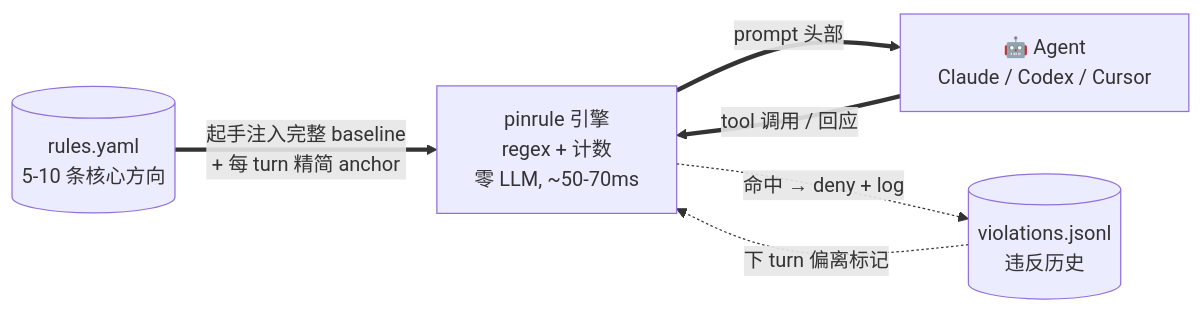
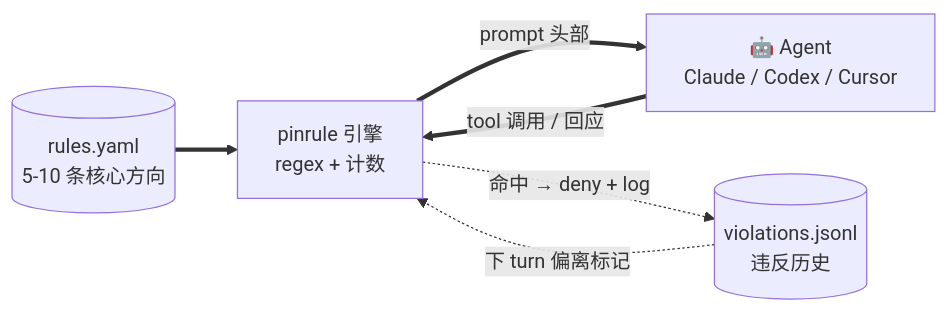
The first of 2 diagrams in README.zh.md (jhaizhou-ops/pinrule), drawn with Mermaid before and after one commit. The commit also changed other lines of this file and 1 other file, not shown here.

````diff
--- a/README.zh.md
+++ b/README.zh.md
@@ -251,13 +249,13 @@
 ```mermaid
 flowchart LR
     R[(rules.yaml<br/>5-10 条核心方向)]
-    K[pinrule 引擎<br/>regex + 计数<br/>零 LLM, ~50-70ms]
+    K[pinrule 引擎<br/>regex + 计数]
     A[🤖 Agent<br/>Claude / Codex / Cursor]
     V[(violations.jsonl<br/>违反历史)]
 
-    R ==>|起手注入完整 baseline<br/>+ 每 turn 精简 anchor| K
+    R ==> K
     K ==>|prompt 头部| A
     A ==>|tool 调用 / 回应| K
     K -.->|命中 → deny + log| V
     V -.->|下 turn 偏离标记| K
 ```
````
